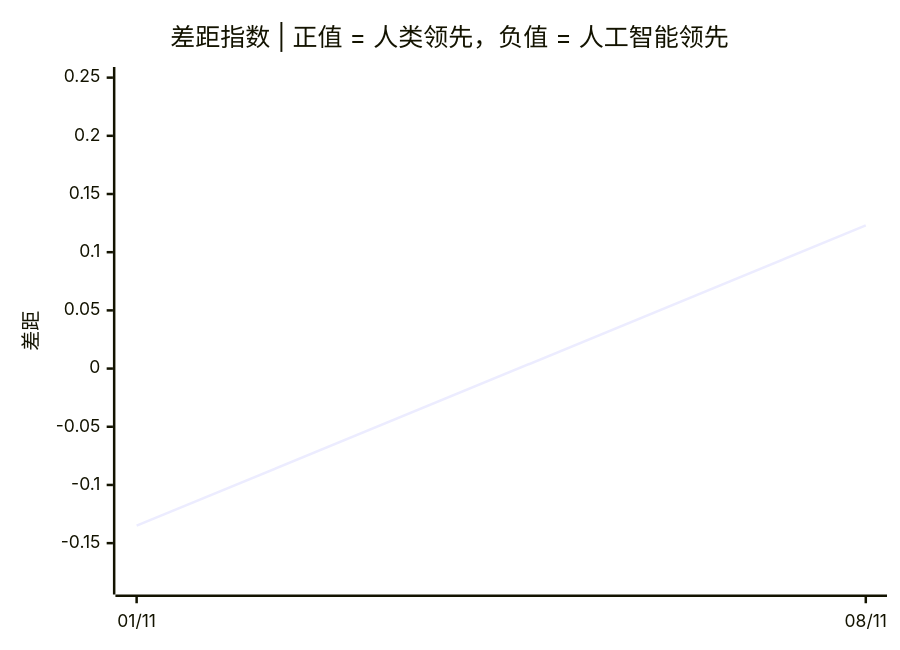
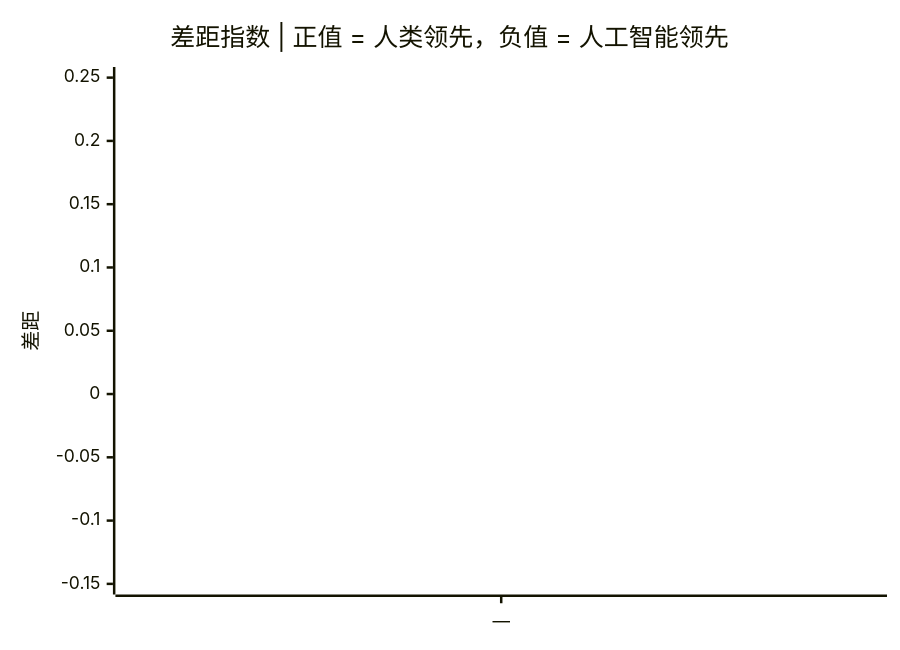
The second of 3 diagrams in README.zh.md (VQQLK/Human-AI-Monitor), drawn with Mermaid before and after one commit. The commit also changed other lines of this file and 2 other files, not shown here.

````diff
--- a/README.zh.md
+++ b/README.zh.md
@@ -46,7 +46,7 @@
 ```mermaid
 xychart-beta
     title "差距指数 | 正值 = 人类领先，负值 = 人工智能领先"
-    x-axis ["01/11", "08/11"]
-    y-axis "差距" -0.185 --> 0.250
-    line [-0.135, 0.123]
+    x-axis ["—"]
+    y-axis "差距" -0.150 --> 0.250
+    line [0]
 ```
````
